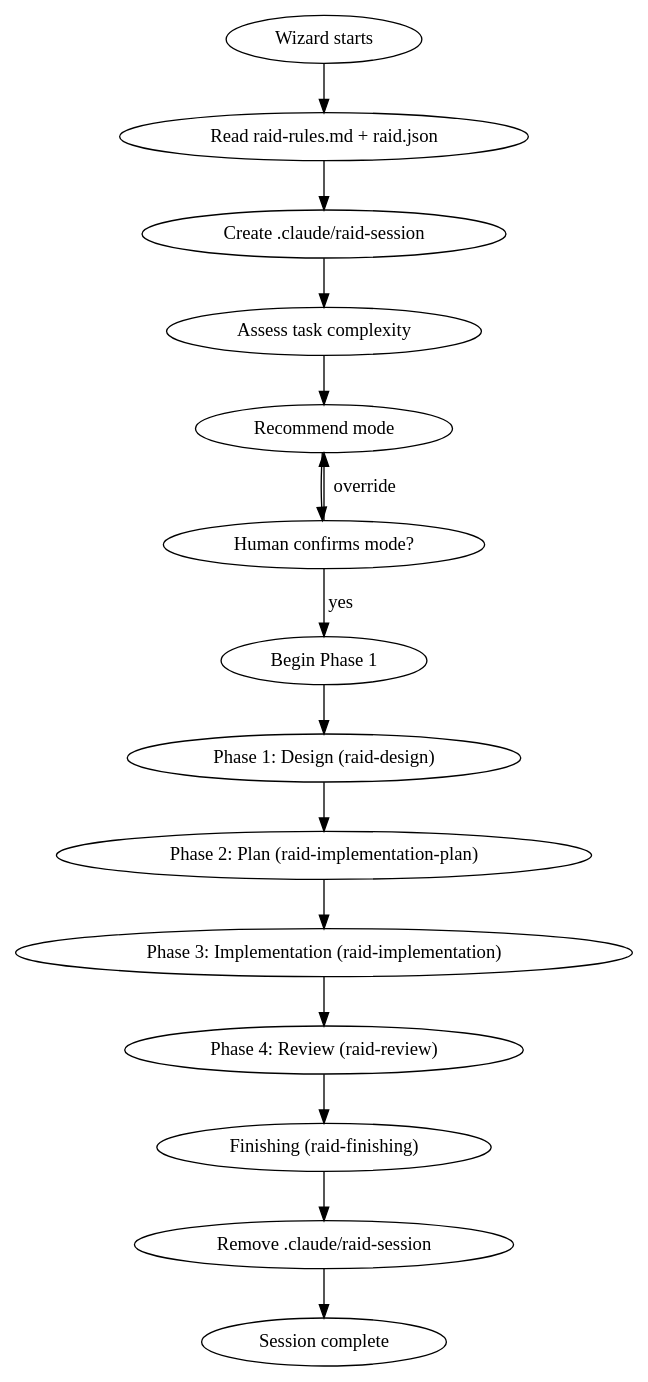
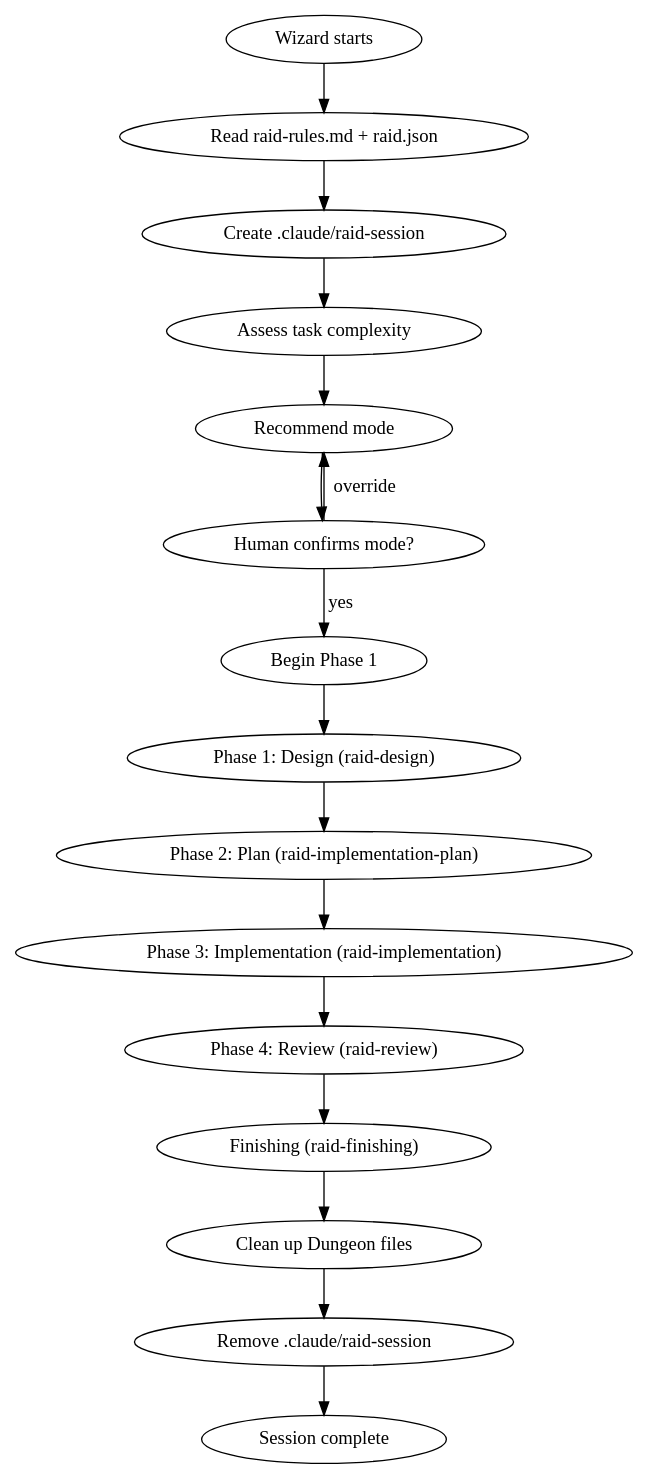
The first of 2 diagrams in template/.claude/skills/raid-protocol/SKILL.md (pedropicardi/claude-raid), drawn with Graphviz before and after one commit. The commit also changed other lines of this file, not shown here.

Commit message:
feat(skills): rewrite raid-protocol with Dungeon lifecycle and interaction protocols

````diff
--- a/template/.claude/skills/raid-protocol/SKILL.md
+++ b/template/.claude/skills/raid-protocol/SKILL.md
@@ -16,18 +16,19 @@
 ```dot
 digraph session {
   "Wizard starts" -> "Read raid-rules.md + raid.json";
   "Read raid-rules.md + raid.json" -> "Create .claude/raid-session";
   "Create .claude/raid-session" -> "Assess task complexity";
   "Assess task complexity" -> "Recommend mode";
   "Recommend mode" -> "Human confirms mode?";
   "Human confirms mode?" -> "Begin Phase 1" [label="yes"];
   "Human confirms mode?" -> "Recommend mode" [label="override"];
   "Begin Phase 1" -> "Phase 1: Design (raid-design)";
   "Phase 1: Design (raid-design)" -> "Phase 2: Plan (raid-implementation-plan)";
   "Phase 2: Plan (raid-implementation-plan)" -> "Phase 3: Implementation (raid-implementation)";
   "Phase 3: Implementation (raid-implementation)" -> "Phase 4: Review (raid-review)";
   "Phase 4: Review (raid-review)" -> "Finishing (raid-finishing)";
-  "Finishing (raid-finishing)" -> "Remove .claude/raid-session";
+  "Finishing (raid-finishing)" -> "Clean up Dungeon files";
+  "Clean up Dungeon files" -> "Remove .claude/raid-session";
   "Remove .claude/raid-session" -> "Session complete" [shape=doublecircle];
 }
 ```
````
